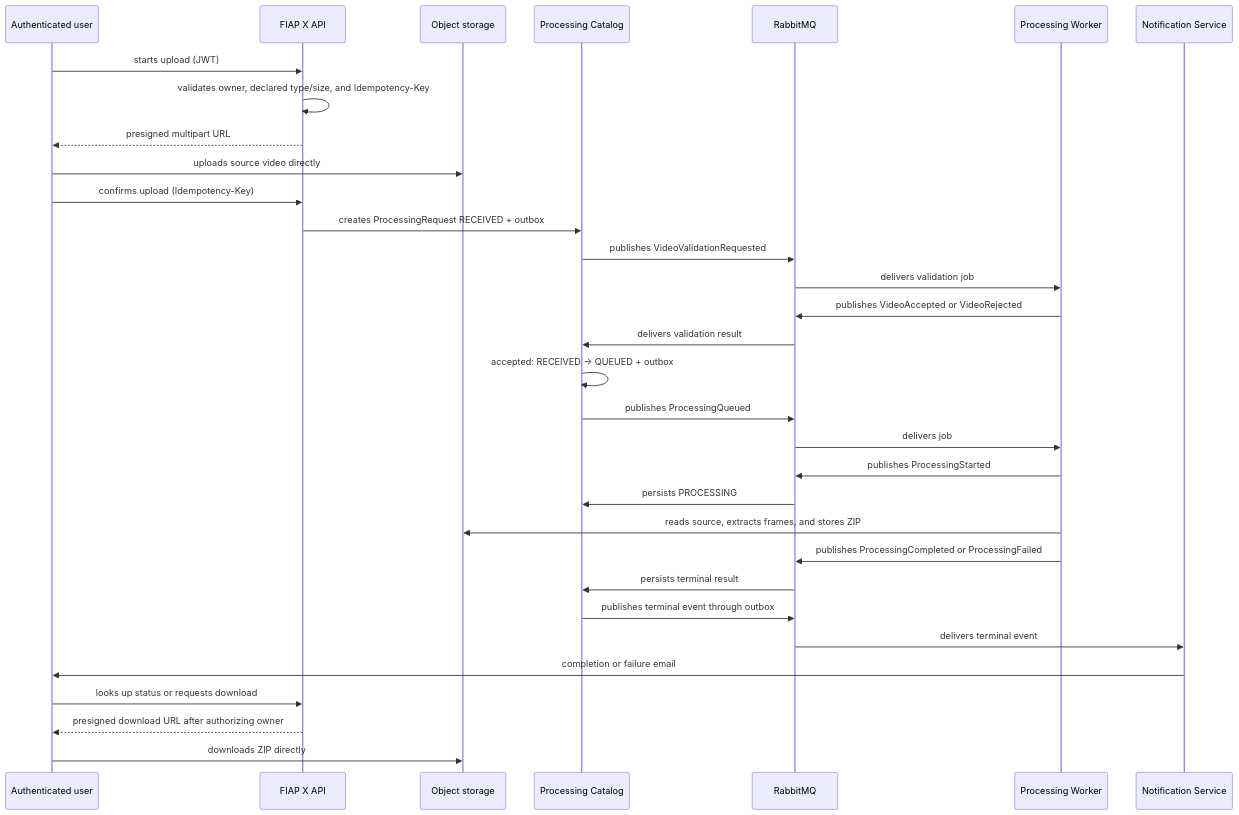
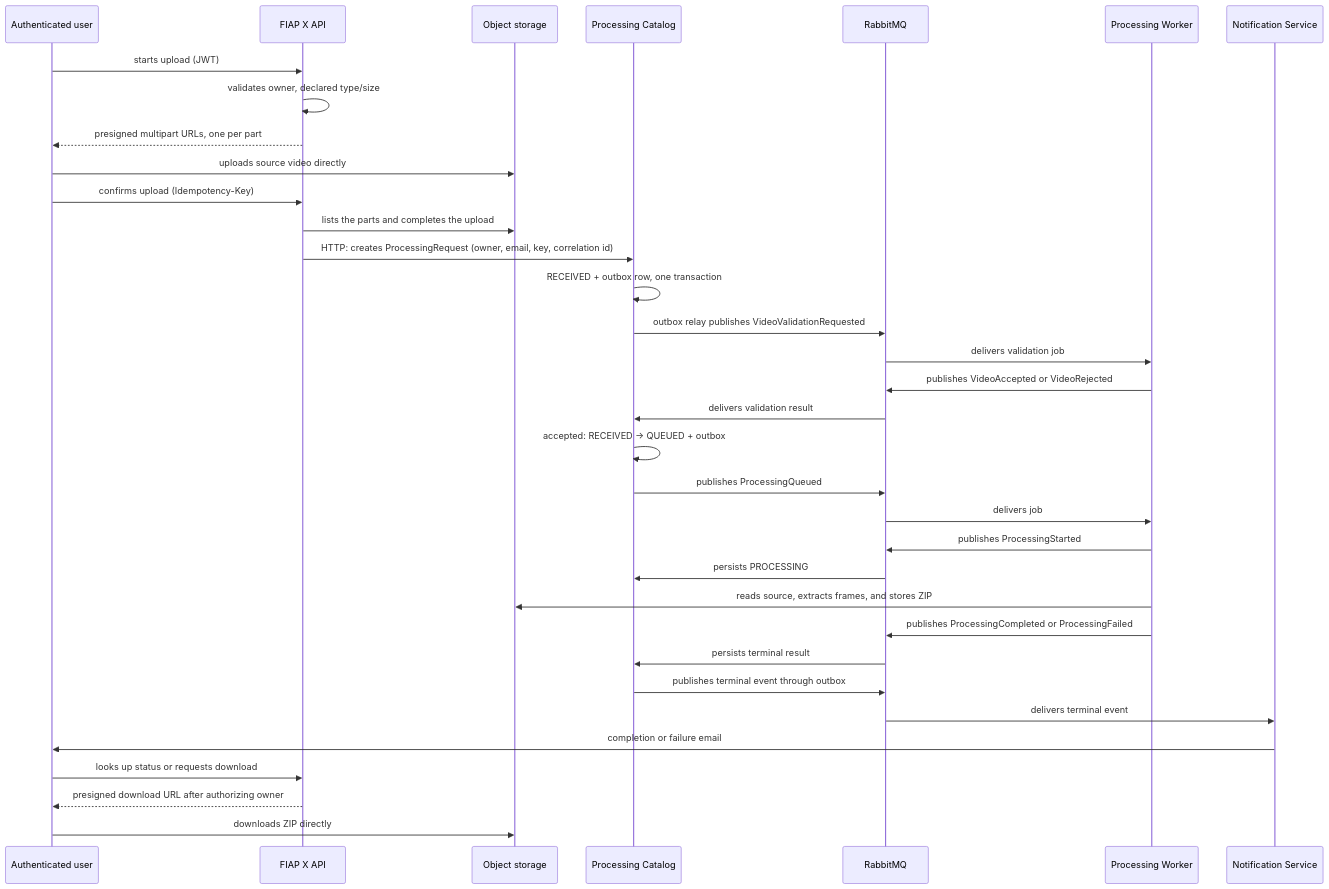
Before and after one commit to tech-challenge-workshop/fiap-x-platform: the diagram in docs/foudation.md, drawn with Mermaid. The commit also changed other lines of this file and 3 other files, not shown here.

````diff
--- a/docs/foudation.md
+++ b/docs/foudation.md
@@ -55,35 +68,37 @@
 ```mermaid
 sequenceDiagram
     participant U as Authenticated user
     participant A as FIAP X API
     participant S as Object storage
     participant C as Processing Catalog
     participant B as RabbitMQ
     participant W as Processing Worker
     participant N as Notification Service
 
     U->>A: starts upload (JWT)
-    A->>A: validates owner, declared type/size, and Idempotency-Key
-    A-->>U: presigned multipart URL
+    A->>A: validates owner, declared type/size
+    A-->>U: presigned multipart URLs, one per part
     U->>S: uploads source video directly
     U->>A: confirms upload (Idempotency-Key)
-    A->>C: creates ProcessingRequest RECEIVED + outbox
-    C->>B: publishes VideoValidationRequested
+    A->>S: lists the parts and completes the upload
+    A->>C: HTTP: creates ProcessingRequest (owner, email, key, correlation id)
+    C->>C: RECEIVED + outbox row, one transaction
+    C->>B: outbox relay publishes VideoValidationRequested
     B->>W: delivers validation job
     W->>B: publishes VideoAccepted or VideoRejected
     B->>C: delivers validation result
     C->>C: accepted: RECEIVED -> QUEUED + outbox
     C->>B: publishes ProcessingQueued
     B->>W: delivers job
     W->>B: publishes ProcessingStarted
     B->>C: persists PROCESSING
     W->>S: reads source, extracts frames, and stores ZIP
     W->>B: publishes ProcessingCompleted or ProcessingFailed
     B->>C: persists terminal result
     C->>B: publishes terminal event through outbox
     B->>N: delivers terminal event
     N->>U: completion or failure email
     U->>A: looks up status or requests download
     A-->>U: presigned download URL after authorizing owner
     U->>S: downloads ZIP directly
 ```
````
